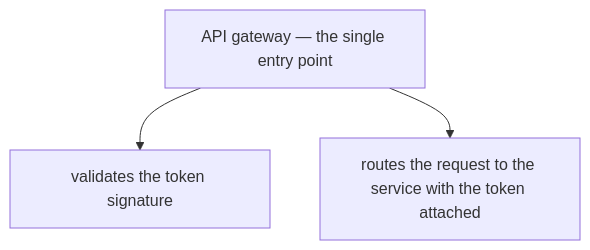
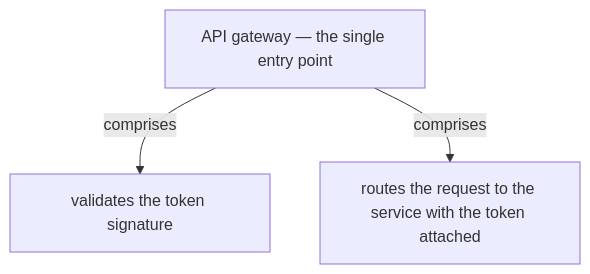
The fifth of 12 diagrams in docs/ch28-access-token.md (vinayakuber/microservices-io-study-guide), drawn with Mermaid before and after one commit. The commit also changed other lines of this file and 71 other files, not shown here.

First line of the commit message:
R18: label every diagram arrow with its meaning

````diff
--- a/docs/ch28-access-token.md
+++ b/docs/ch28-access-token.md
@@ -170,6 +170,6 @@
 ```mermaid
 flowchart TD
   R["API gateway — the single entry point"]
-  R --> P0["validates the token signature"]
-  R --> P1["routes the request to the service with the token attached"]
+  R -->|"comprises"| P0["validates the token signature"]
+  R -->|"comprises"| P1["routes the request to the service with the token attached"]
 ```
````
